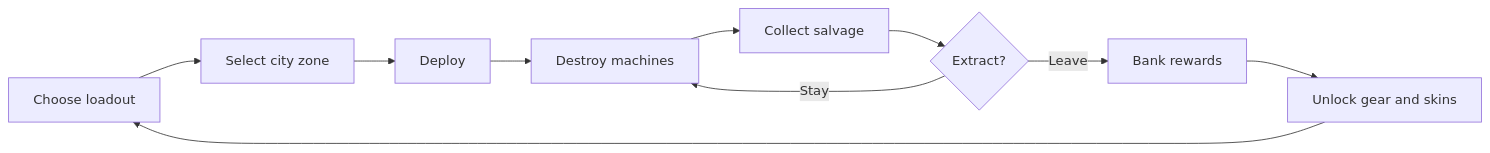
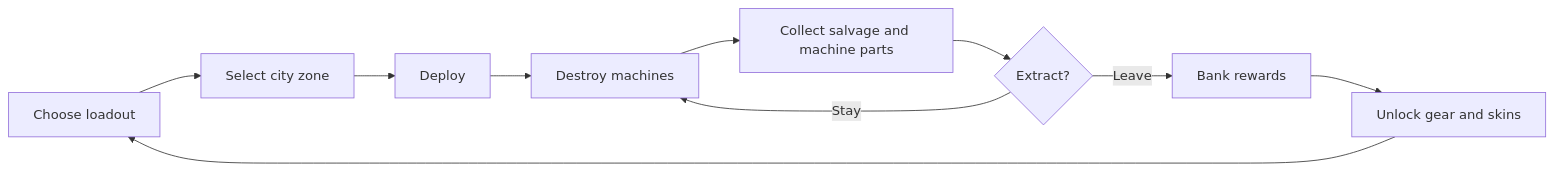
Before and after one commit to tharak/Earthfall: the first of 2 diagrams in GDD.md, drawn with Mermaid. The commit also changed other lines of this file and 14 other files, not shown here.

Commit message:
Add recoverable machine parts system

````diff
--- a/GDD.md
+++ b/GDD.md
@@ -36,12 +36,12 @@
 ```mermaid
 flowchart LR
     A[Choose loadout] --> B[Select city zone]
     B --> C[Deploy]
     C --> D[Destroy machines]
-    D --> E[Collect salvage]
+    D --> E[Collect salvage and machine parts]
     E --> F{Extract?}
     F -->|Stay| D
     F -->|Leave| G[Bank rewards]
     G --> H[Unlock gear and skins]
     H --> A
 ```
````
